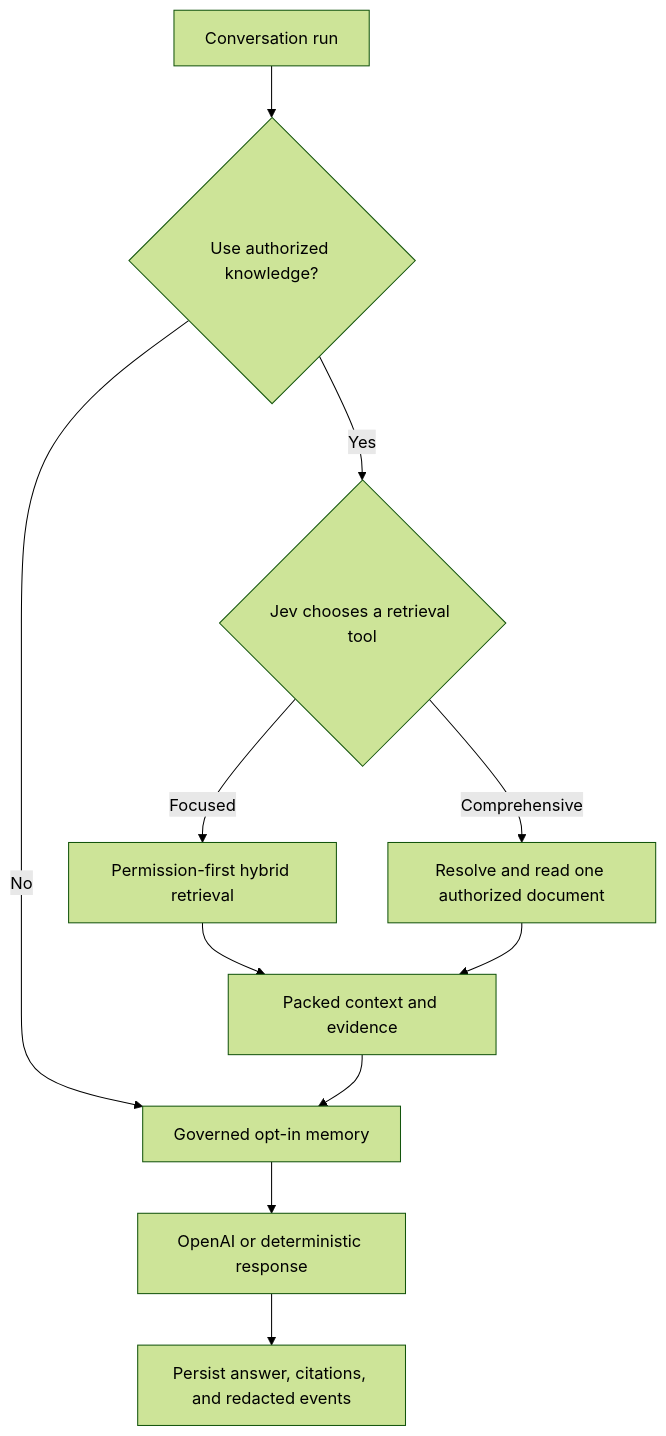
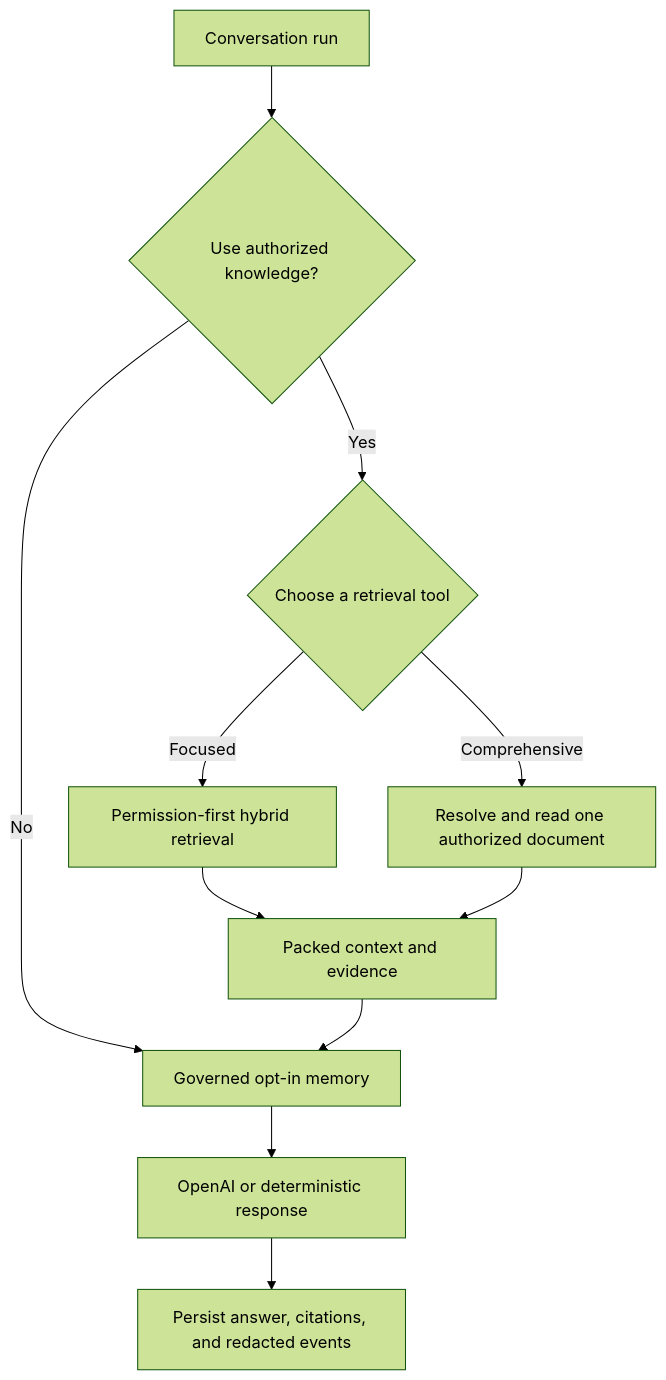
Before and after one commit to heecheon92/my-agents: the second of 2 diagrams in README.en.md, drawn with Mermaid (forest theme). The commit also changed other lines of this file and 5 other files, not shown here.

````diff
--- a/README.en.md
+++ b/README.en.md
@@ -61,13 +62,13 @@
 ```mermaid
 flowchart TD
     Run["Conversation run"] --> Gate{"Use authorized knowledge?"}
     Gate -->|No| Memory["Governed opt-in memory"]
-    Gate -->|Yes| Choice{"Jev chooses a retrieval tool"}
+    Gate -->|Yes| Choice{"Choose a retrieval tool"}
     Choice -->|Focused| Focused["Permission-first hybrid retrieval"]
     Choice -->|Comprehensive| Full["Resolve and read one authorized document"]
     Focused --> Context["Packed context and evidence"]
     Full --> Context
     Context --> Memory
     Memory --> Answer["OpenAI or deterministic response"]
     Answer --> Audit["Persist answer, citations, and redacted events"]
 ```
````
